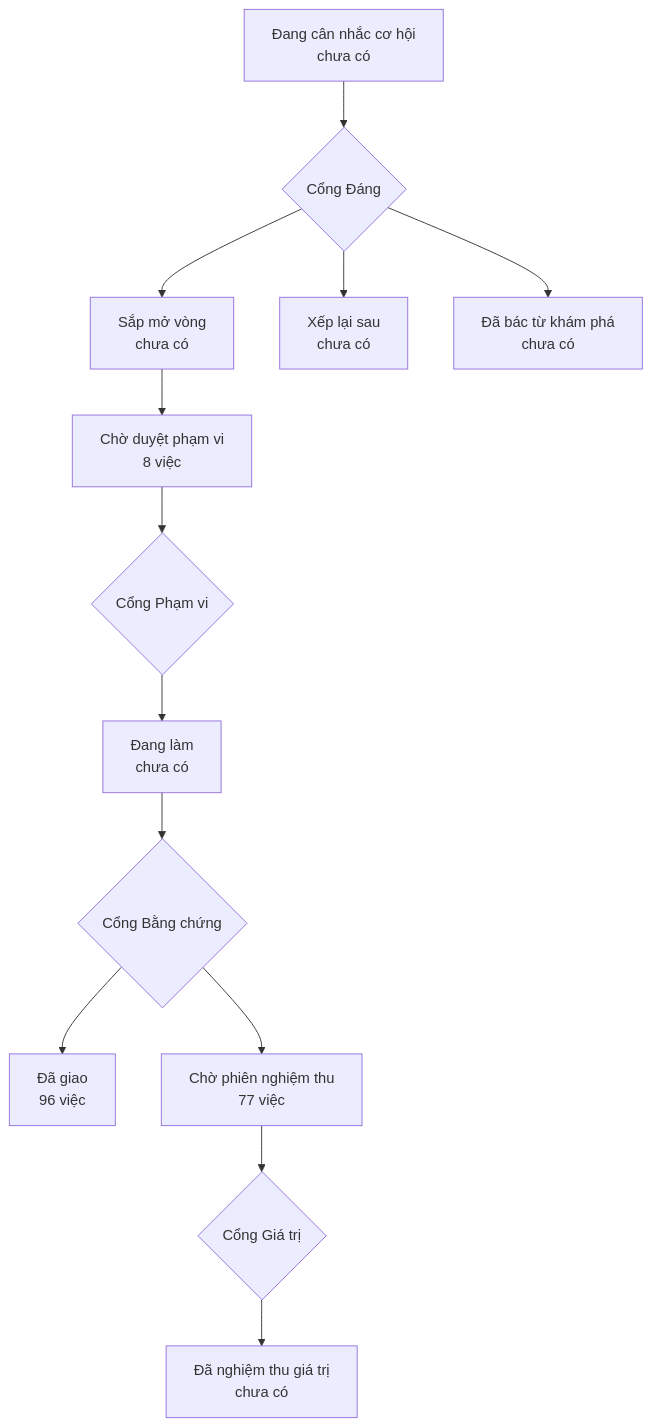
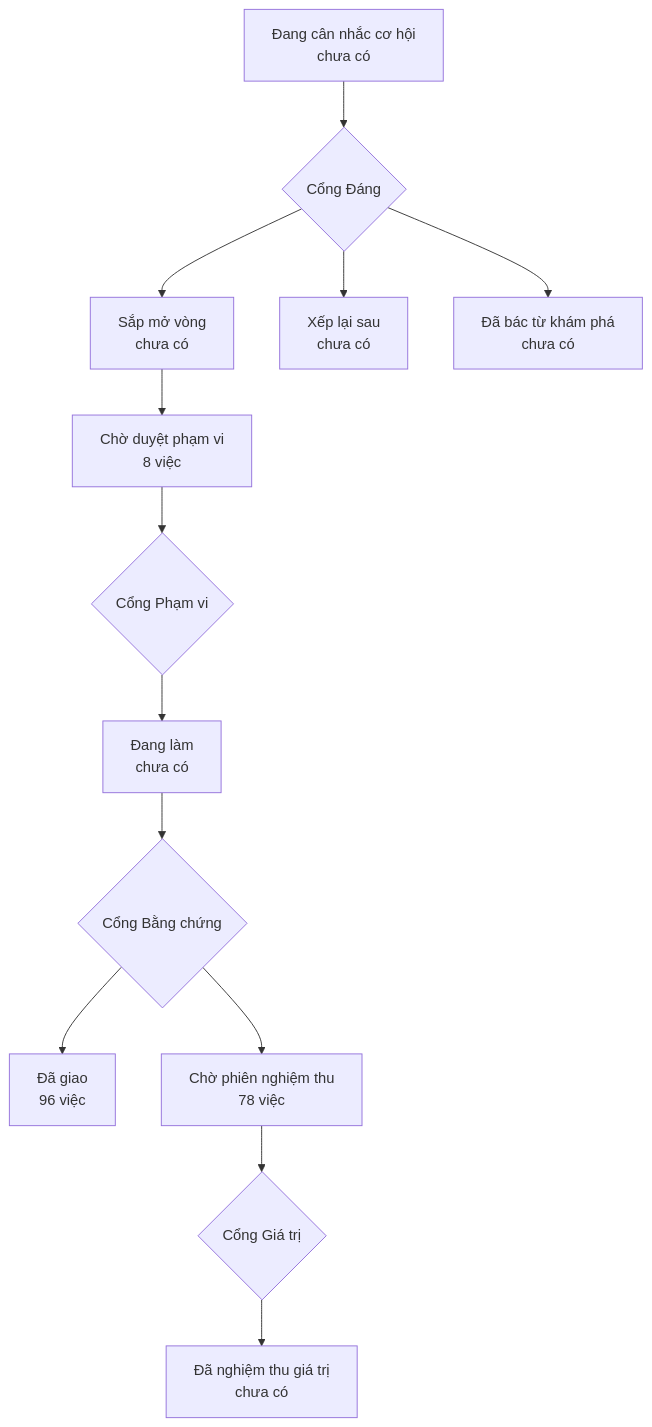
The diagram in PRODUCT-MAP.md (phanlemanh/onehub-invest), drawn with Mermaid before and after one commit. The commit also changed other lines of this file and 8 other files, not shown here.

````diff
--- a/PRODUCT-MAP.md
+++ b/PRODUCT-MAP.md
@@ -7,12 +7,12 @@
 ```mermaid
 flowchart TD
   A["Đang cân nhắc cơ hội<br/>chưa có"] --> GD{"Cổng Đáng"}
   GD --> B["Sắp mở vòng<br/>chưa có"]
   GD --> XL["Xếp lại sau<br/>chưa có"]
   GD --> DB["Đã bác từ khám phá<br/>chưa có"]
   B --> CD["Chờ duyệt phạm vi<br/>8 việc"] --> GP{"Cổng Phạm vi"}
   GP --> DL["Đang làm<br/>chưa có"] --> GB{"Cổng Bằng chứng"}
   GB --> DG["Đã giao<br/>96 việc"]
-  GB --> CN["Chờ phiên nghiệm thu<br/>77 việc"] --> GG{"Cổng Giá trị"}
+  GB --> CN["Chờ phiên nghiệm thu<br/>78 việc"] --> GG{"Cổng Giá trị"}
   GG --> NT["Đã nghiệm thu giá trị<br/>chưa có"]
 ```
````
